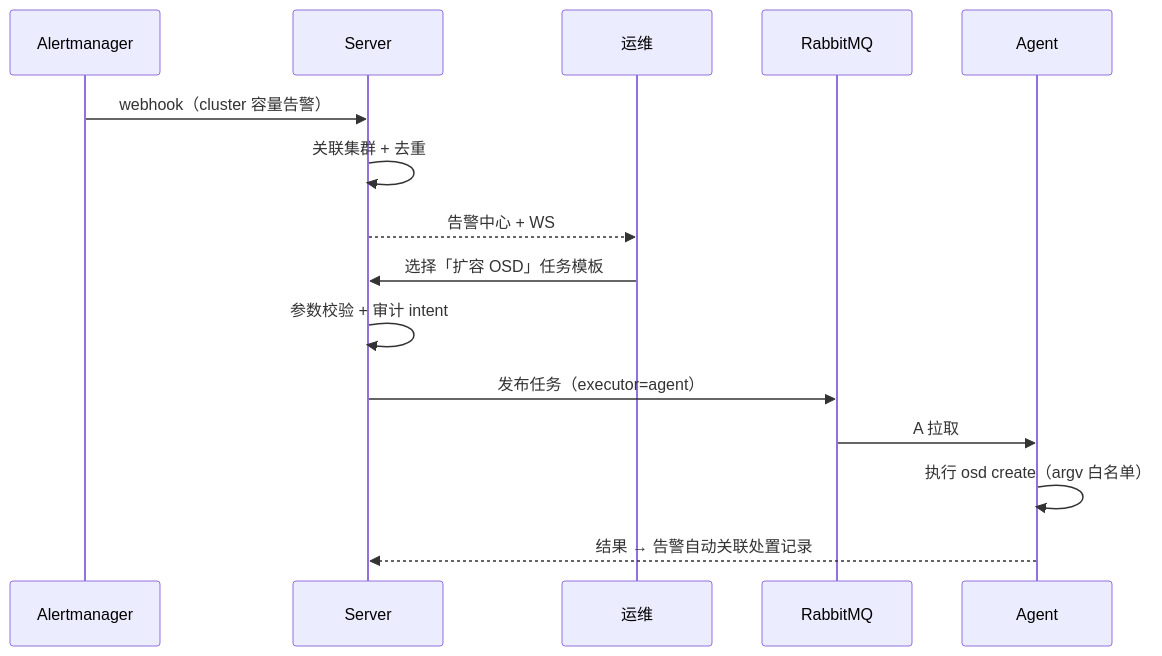
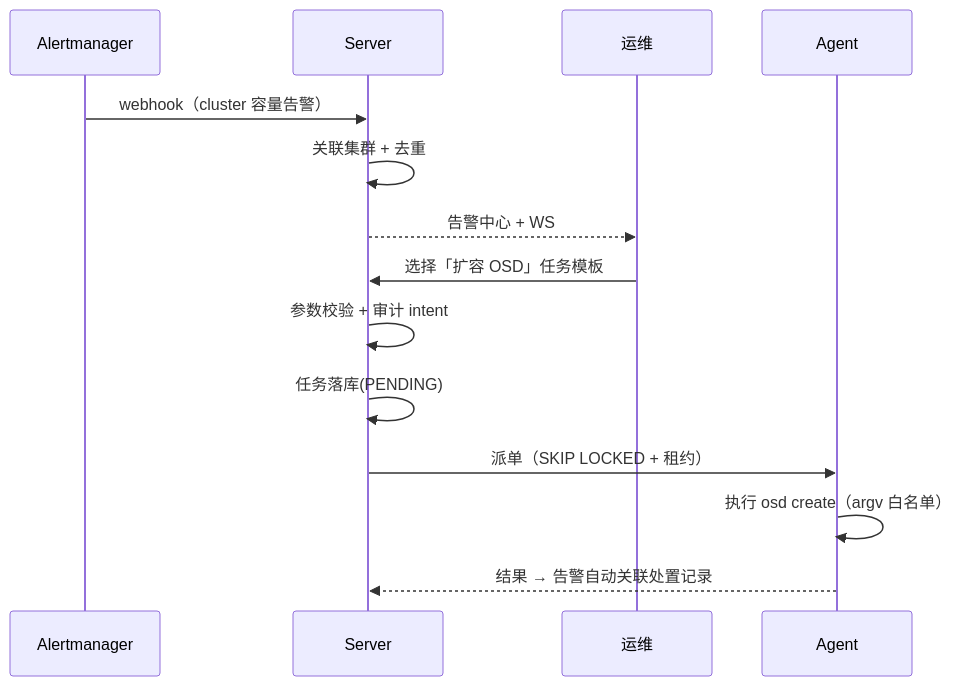
One commit to lnsyyj/winter changed diagram 18 of 19 in docs/02-研发线/04-架构师/架构时序与数据流图册.md. Above: the diagram before and after it, drawn with Mermaid. The commit also changed other lines of this file and 17 other files, not shown here.

First line of the commit message:
docs(arch): 取消 RabbitMQ，改用 PG 任务表 + SKIP LOCKED（ADR-36）

````diff
--- a/docs/02-研发线/04-架构师/架构时序与数据流图册.md
+++ b/docs/02-研发线/04-架构师/架构时序与数据流图册.md
@@ -492,18 +485,17 @@
 ```mermaid
 sequenceDiagram
     participant AM as Alertmanager
     participant S as Server
     participant U as 运维
-    participant MQ as RabbitMQ
     participant A as Agent
 
     AM->>S: webhook（cluster 容量告警）
     S->>S: 关联集群 + 去重
     S-->>U: 告警中心 + WS
     U->>S: 选择「扩容 OSD」任务模板
     S->>S: 参数校验 + 审计 intent
-    S->>MQ: 发布任务（executor=agent）
-    MQ->>A: A 拉取
+    S->>S: 任务落库(PENDING)
+    S->>A: 派单（SKIP LOCKED + 租约）
     A->>A: 执行 osd create（argv 白名单）
     A-->>S: 结果 → 告警自动关联处置记录
 ```
````
